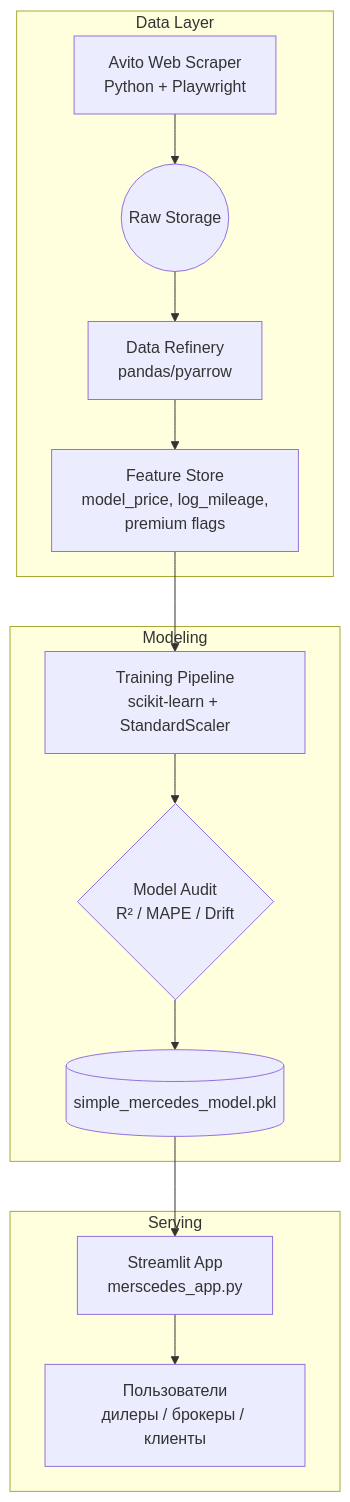
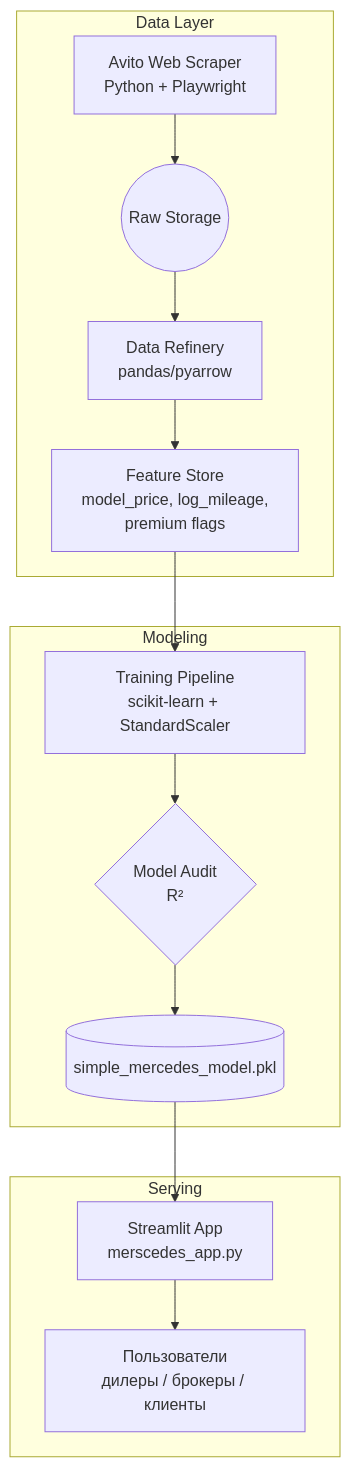
One commit to malikkhubiev/mers changed the diagram in README.md. Above: the diagram before and after it, drawn with Mermaid. The commit also changed other lines of this file, not shown here.

````diff
--- a/README.md
+++ b/README.md
@@ -40,17 +40,17 @@
 ```mermaid
 flowchart TD
     subgraph Data Layer
         A[Avito Web Scraper<br/>Python + Playwright] --> B((Raw Storage))
         B --> C[Data Refinery<br/>pandas/pyarrow]
         C --> D[Feature Store<br/>model_price, log_mileage,<br/>premium flags]
     end
     subgraph Modeling
         D --> E[Training Pipeline<br/>scikit-learn + StandardScaler]
-        E --> F{Model Audit<br/>R² / MAPE / Drift}
+        E --> F{Model Audit<br/>R²}
         F --> G[(simple_mercedes_model.pkl)]
     end
     subgraph Serving
         G --> H[Streamlit App<br/>merscedes_app.py]
         H --> I[Пользователи<br/>дилеры / брокеры / клиенты]
     end
 ```
````
